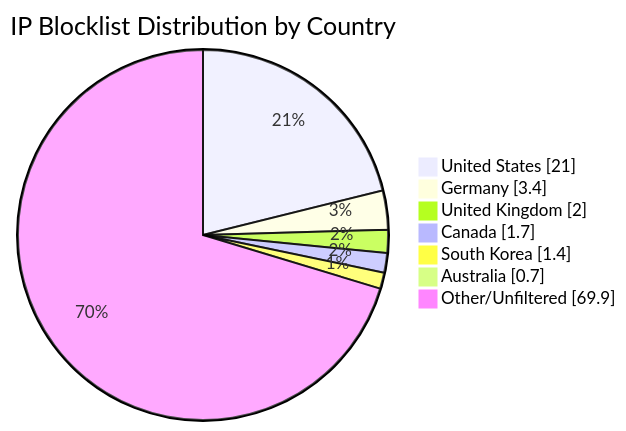
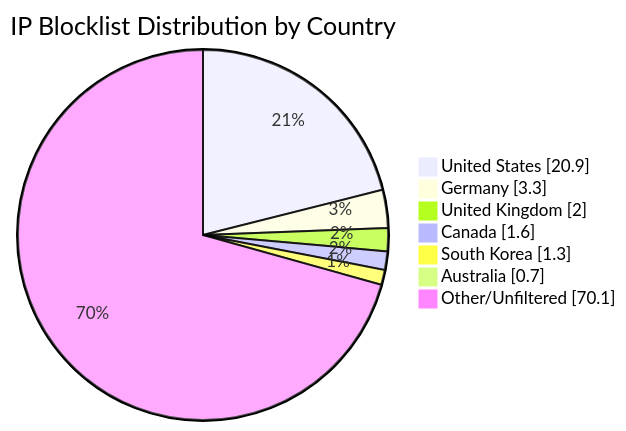
Before and after one commit to MarcusHoltz/ipblocklist-geofiltered-aggregator: the diagram in README.md, drawn with Mermaid. The commit also changed other lines of this file and 9 other files, not shown here.

````diff
--- a/README.md
+++ b/README.md
@@ -34,10 +34,10 @@
 ```mermaid
 pie showData title IP Blocklist Distribution by Country
-"United States" : 21.0
-"Germany" : 3.4
+"United States" : 20.9
+"Germany" : 3.3
 "United Kingdom" : 2.0
-"Canada" : 1.7
-"South Korea" : 1.4
+"Canada" : 1.6
+"South Korea" : 1.3
 "Australia" : 0.7
-"Other/Unfiltered" : 69.9
+"Other/Unfiltered" : 70.1
 ```
````
